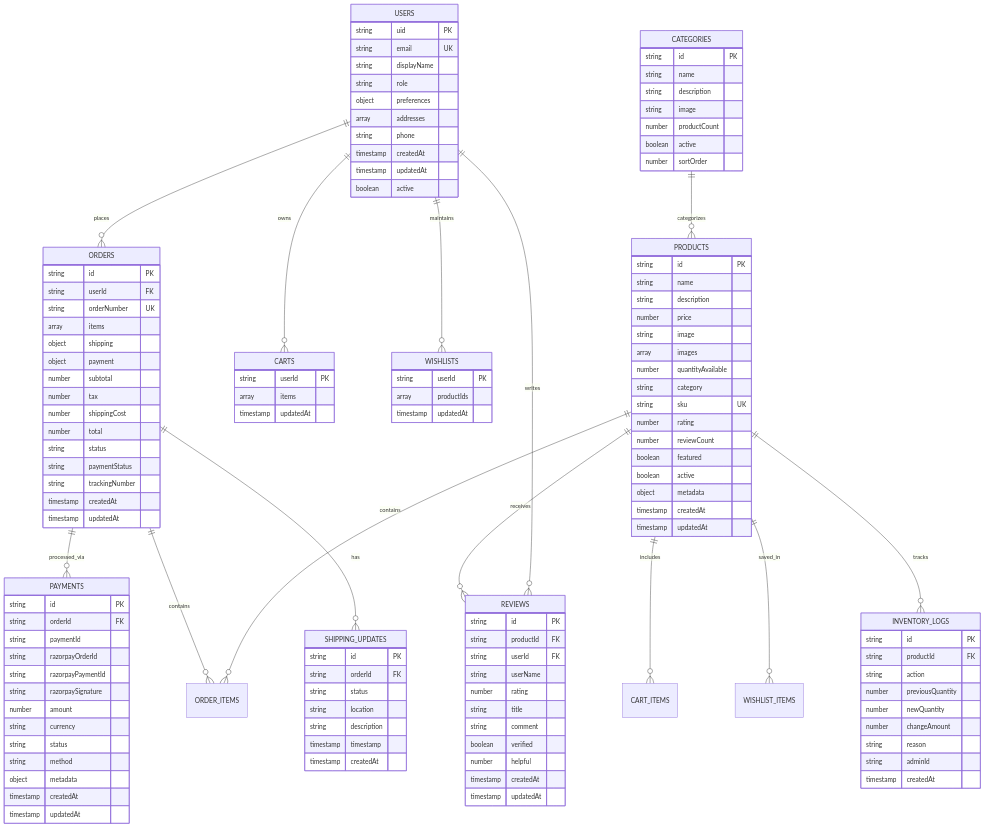
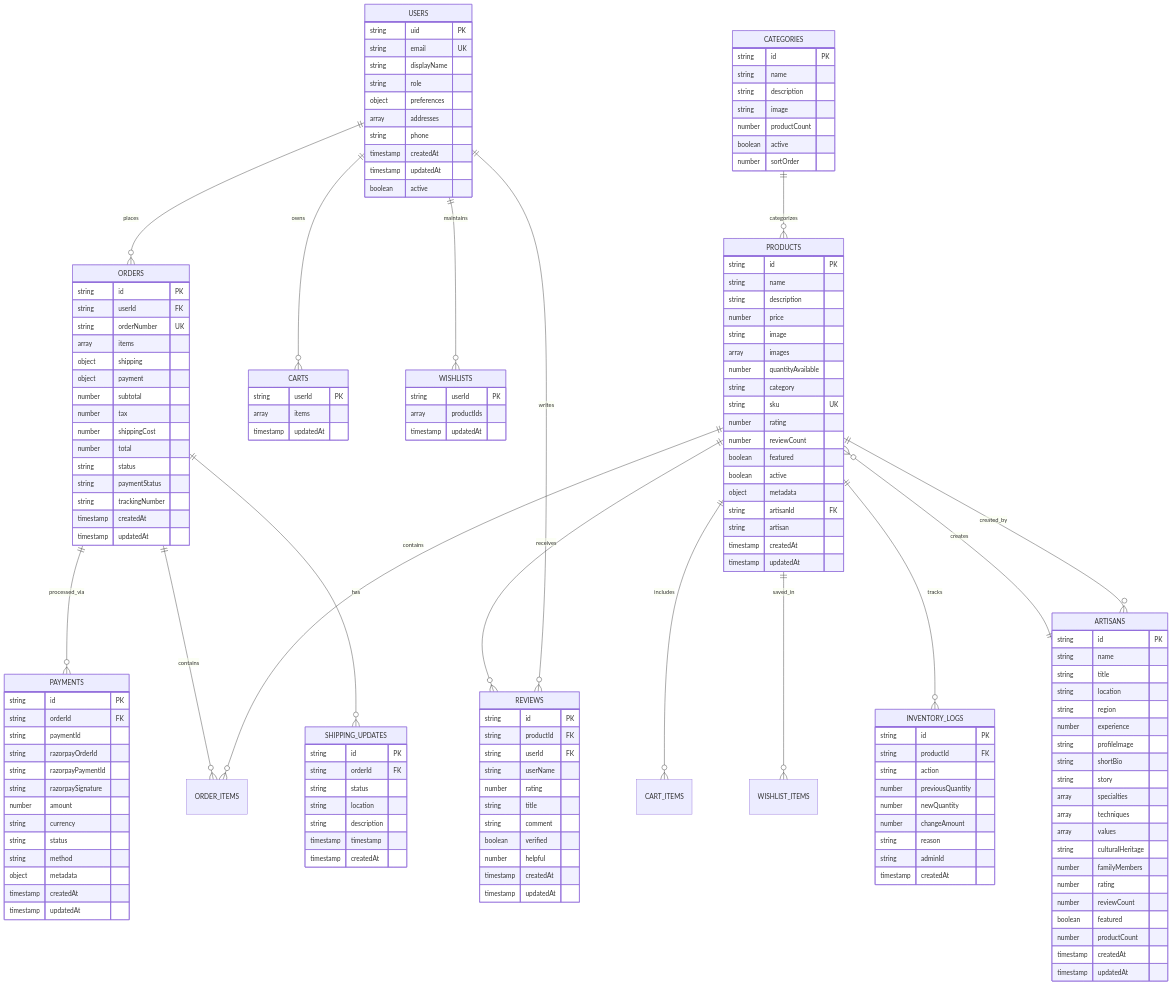
One commit to anathema43/Ramro changed the fourth of 14 diagrams in SYSTEM_ARCHITECTURE.md. Above: the diagram before and after it, drawn with Mermaid. The commit also changed other lines of this file and 131 other files, not shown here.

```diff
--- a/SYSTEM_ARCHITECTURE.md
+++ b/SYSTEM_ARCHITECTURE.md
@@ -195,12 +210,14 @@
     PRODUCTS ||--o{ WISHLIST_ITEMS : saved_in
     PRODUCTS ||--o{ REVIEWS : receives
     PRODUCTS ||--o{ INVENTORY_LOGS : tracks
+    PRODUCTS ||--o{ ARTISANS : created_by
     
     ORDERS ||--o{ ORDER_ITEMS : contains
     ORDERS ||--o{ PAYMENTS : processed_via
     ORDERS ||--o{ SHIPPING_UPDATES : has
     
     CATEGORIES ||--o{ PRODUCTS : categorizes
+    ARTISANS ||--o{ PRODUCTS : creates
     
     USERS {
         string uid PK
@@ -230,6 +247,31 @@
         boolean featured
         boolean active
         object metadata
+        string artisanId FK
+        string artisan
+        timestamp createdAt
+        timestamp updatedAt
+    }
+    
+    ARTISANS {
+        string id PK
+        string name
+        string title
+        string location
+        string region
+        number experience
+        string profileImage
+        string shortBio
+        string story
+        array specialties
+        array techniques
+        array values
+        string culturalHeritage
+        number familyMembers
+        number rating
+        number reviewCount
+        boolean featured
+        number productCount
         timestamp createdAt
         timestamp updatedAt
     }
```
